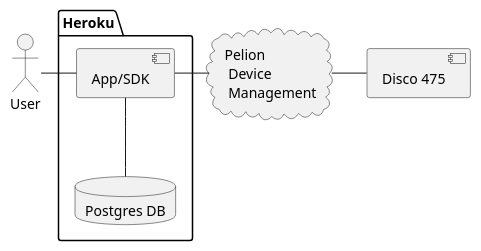
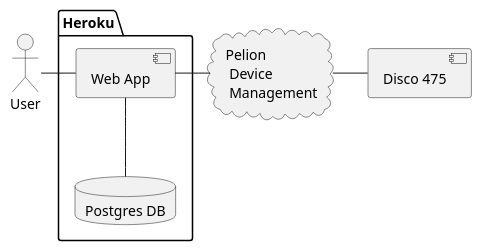
One commit to froeba/workshop-web-app changed the first of 4 diagrams in docs/docs.puml. Above: the diagram before and after it, drawn with PlantUML. The commit also changed other lines of this file and 5 other files, not shown here.

```diff
--- a/docs/docs.puml
+++ b/docs/docs.puml
@@ -1,13 +1,13 @@
 @startuml app_arch
 actor User as u
 folder "Heroku" as h {
-    component "App/SDK" as server
+    component "Web App" as server
     database "Postgres DB" as db
 }
 cloud "Pelion\n Device\n Management" as pdm
 component "Disco 475" as disco
 u -right- server
 server -- db
 server -right- pdm
 pdm -right- disco
 @enduml
```
